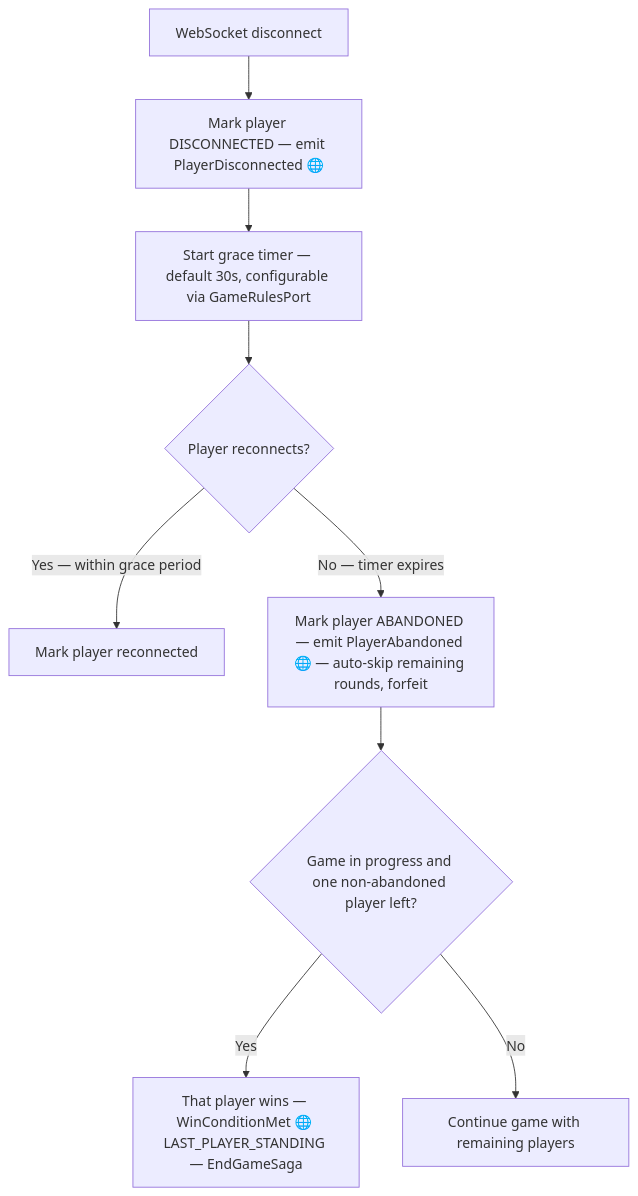
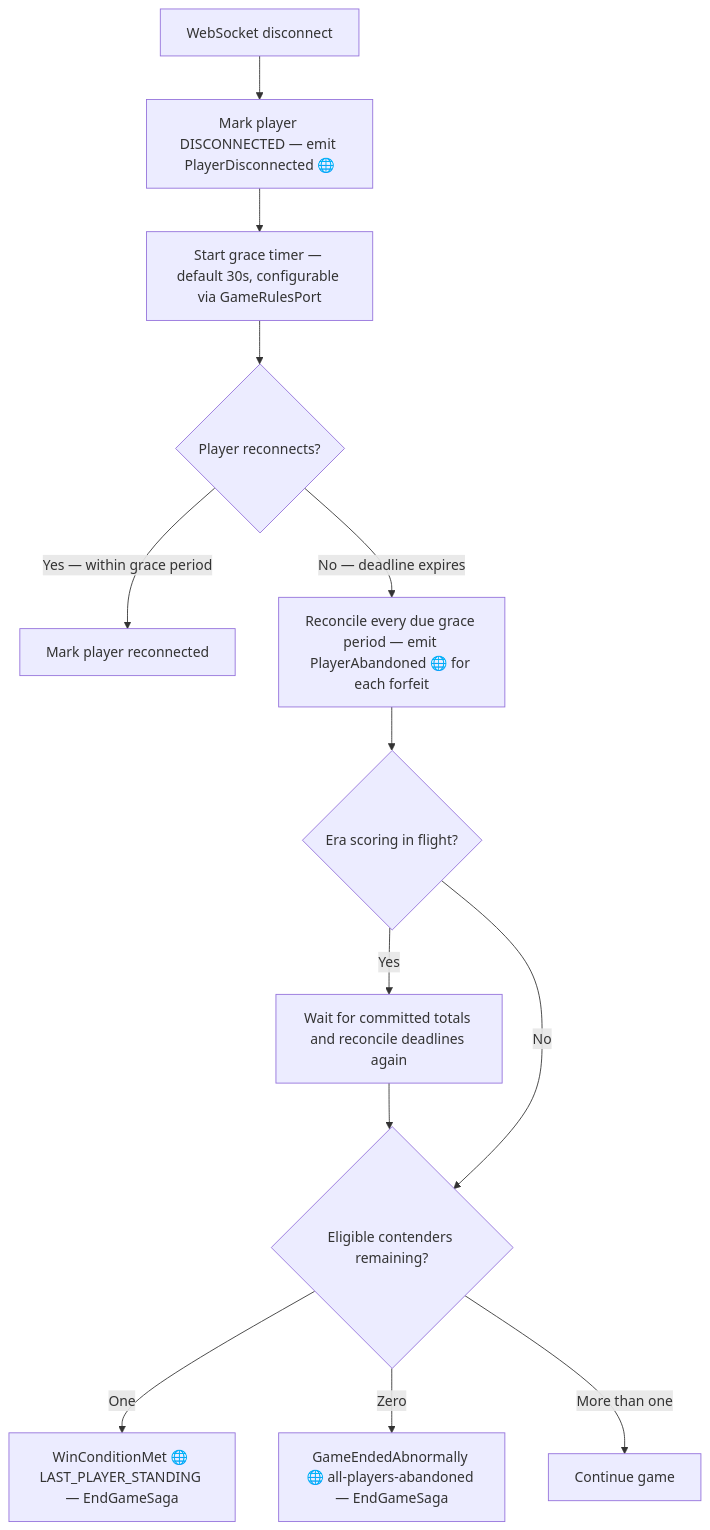
One commit to temporal-rift/docs changed the second of 2 diagrams in sagas/special.mdx. Above: the diagram before and after it, drawn with Mermaid. The commit also changed other lines of this file and 4 other files, not shown here.

Commit message:
docs(game): describe deadline-based abandonment endings

````diff
--- a/sagas/special.mdx
+++ b/sagas/special.mdx
@@ -62,11 +63,15 @@
 ```mermaid
 flowchart TD
   A[WebSocket disconnect] --> B[Mark player DISCONNECTED — emit PlayerDisconnected 🌐]
   B --> C[Start grace timer — default 30s, configurable via GameRulesPort]
   C --> D{Player reconnects?}
   D -->|Yes — within grace period| E[Mark player reconnected]
-  D -->|No — timer expires| F[Mark player ABANDONED — emit PlayerAbandoned 🌐 — auto-skip remaining rounds, forfeit]
-  F --> G{Game in progress and one non-abandoned player left?}
-  G -->|Yes| H[That player wins — WinConditionMet 🌐 LAST_PLAYER_STANDING — EndGameSaga]
-  G -->|No| I[Continue game with remaining players]
+  D -->|No — deadline expires| F[Reconcile every due grace period — emit PlayerAbandoned 🌐 for each forfeit]
+  F --> Q{Era scoring in flight?}
+  Q -->|Yes| K[Wait for committed totals and reconcile deadlines again]
+  K --> G{Eligible contenders remaining?}
+  Q -->|No| G
+  G -->|One| H[WinConditionMet 🌐 LAST_PLAYER_STANDING — EndGameSaga]
+  G -->|Zero| J[GameEndedAbnormally 🌐 all-players-abandoned — EndGameSaga]
+  G -->|More than one| I[Continue game]
 ```
````
